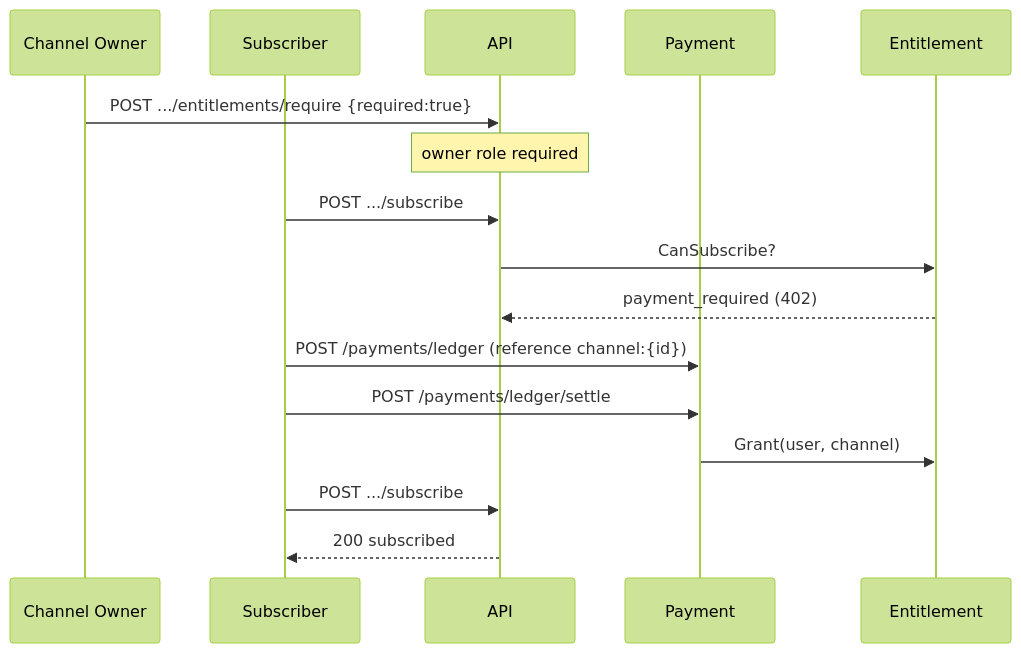
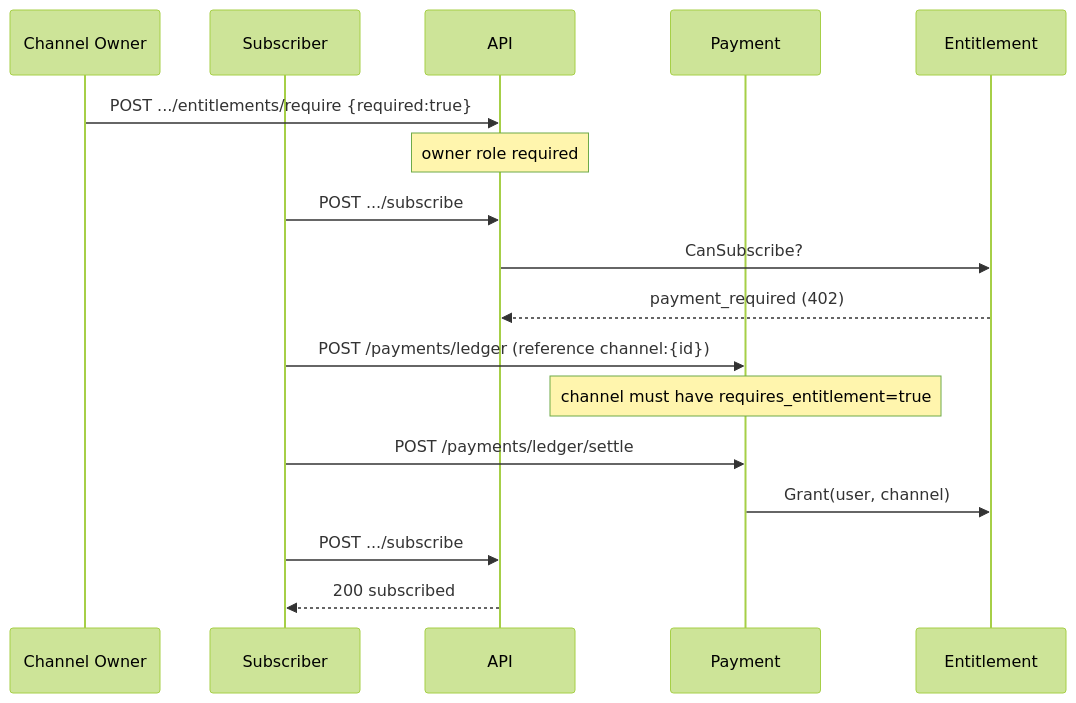
The third of 3 diagrams in docs/business-flows.md (dyxnb22/EchoLine), drawn with Mermaid (forest theme) before and after one commit. The commit also changed 30 other files, not shown here.

````diff
--- a/docs/business-flows.md
+++ b/docs/business-flows.md
@@ -55,22 +55,23 @@
 ```mermaid
 sequenceDiagram
   participant Owner as Channel Owner
   participant User as Subscriber
   participant API as API
   participant Pay as Payment
   participant Ent as Entitlement
 
   Owner->>API: POST .../entitlements/require {required:true}
   Note over API: owner role required
 
   User->>API: POST .../subscribe
   API->>Ent: CanSubscribe?
   Ent-->>API: payment_required (402)
 
   User->>Pay: POST /payments/ledger (reference channel:{id})
+  Note over Pay: channel must have requires_entitlement=true
   User->>Pay: POST /payments/ledger/settle
   Pay->>Ent: Grant(user, channel)
 
   User->>API: POST .../subscribe
   API-->>User: 200 subscribed
 ```
````
